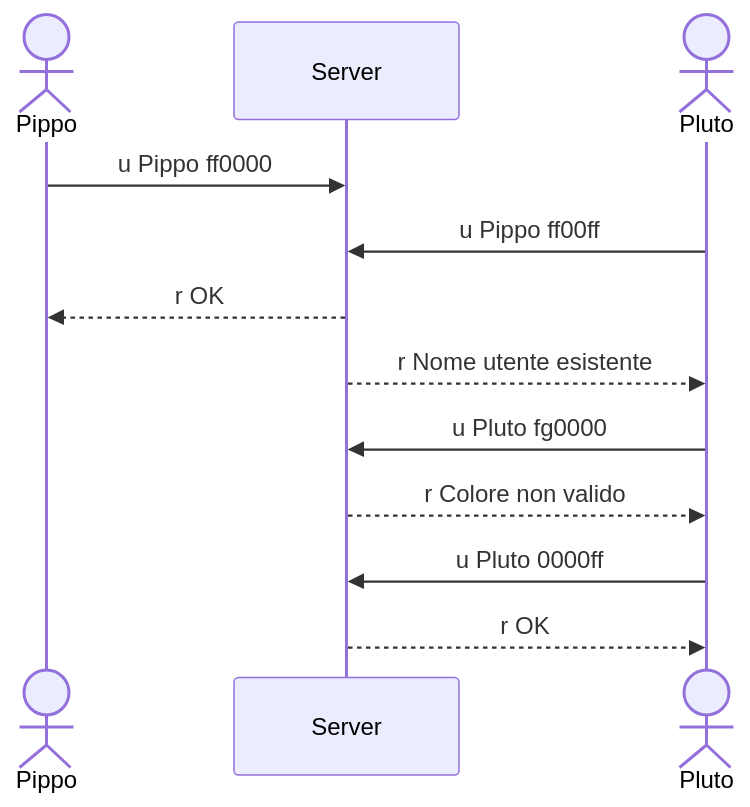
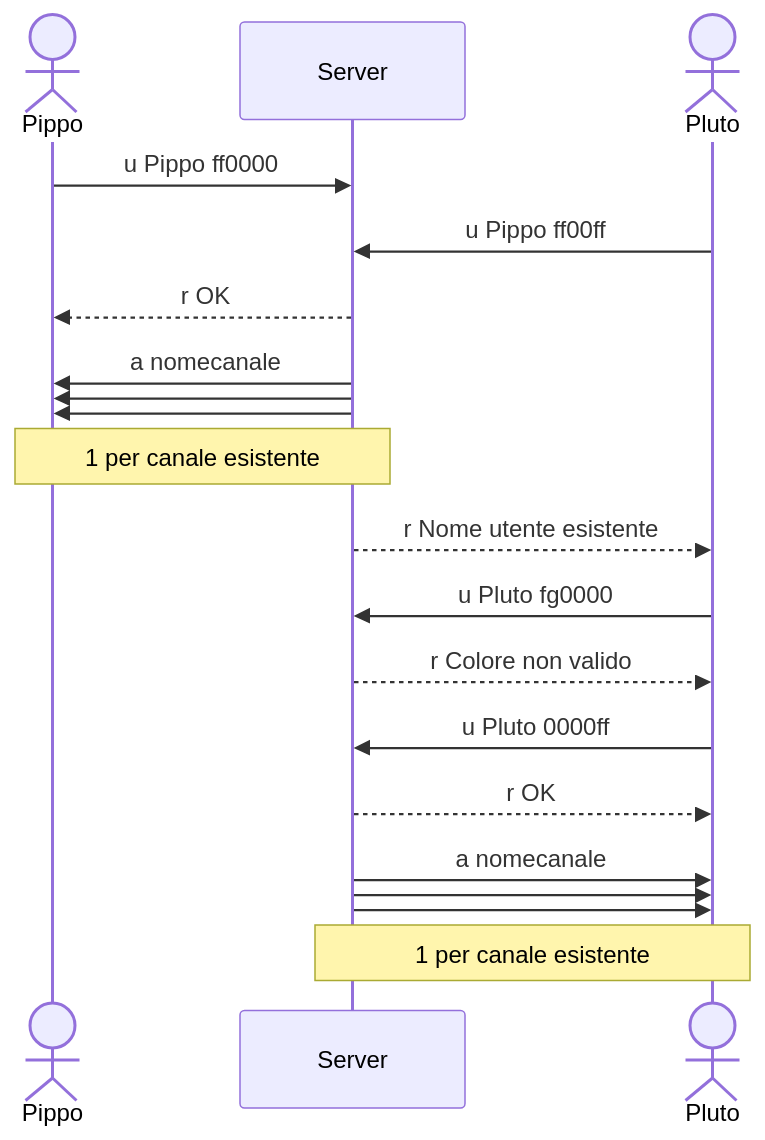
The first of 3 diagrams in README.md (c0alfox/JavaChat), drawn with Mermaid before and after one commit. The commit also changed other lines of this file and 4 other files, not shown here.

Commit message:
Added whoami, graphical initialization delay fixed

````diff
--- a/README.md
+++ b/README.md
@@ -107,15 +108,23 @@
 ```mermaid
 sequenceDiagram
 actor Pippo
 participant Server
 actor Pluto
 
 Pippo ->> Server: u Pippo ff0000
 Pluto ->> Server: u Pippo ff00ff
 Server -->> Pippo: r OK
+Server ->> Pippo: a nomecanale
+Server ->> Pippo: 
+Server ->> Pippo: 
+Note over Pippo, Server: 1 per canale esistente
 Server -->> Pluto: r Nome utente esistente
 Pluto ->> Server: u Pluto fg0000
 Server -->> Pluto: r Colore non valido
 Pluto ->> Server: u Pluto 0000ff
 Server -->> Pluto: r OK
+Server ->> Pluto: a nomecanale
+Server ->> Pluto: 
+Server ->> Pluto: 
+Note over Pluto, Server: 1 per canale esistente
 ```
````
